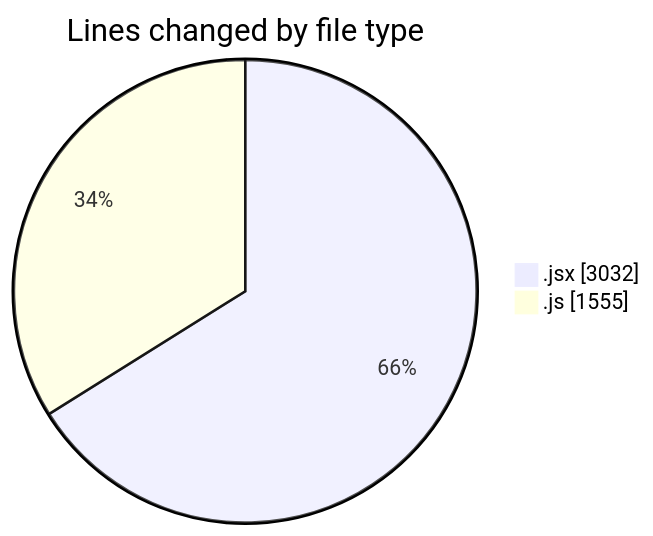
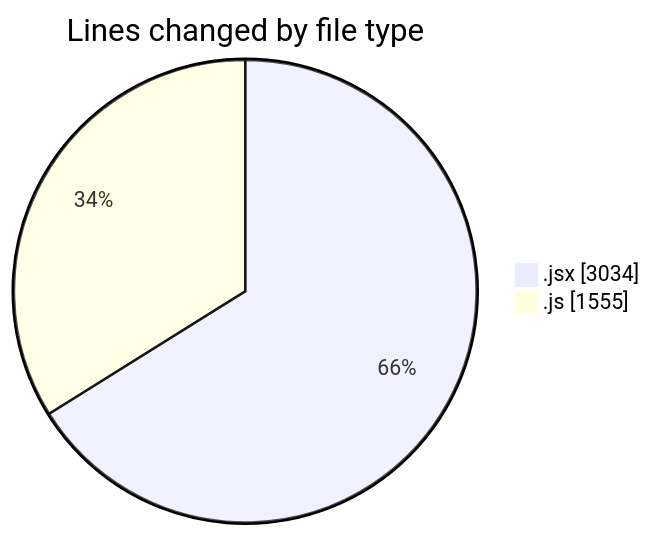
The first of 2 diagrams in 2025-07-11/argos/README.md (nxtqubesakshisongat/code-tracking), drawn with Mermaid before and after one commit. The commit also changed other lines of this file and 1 other file, not shown here.

````diff
--- a/2025-07-11/argos/README.md
+++ b/2025-07-11/argos/README.md
@@ -26,6 +26,6 @@
 ```mermaid
 pie showData
 title Lines changed by file type
-".jsx" : 3032
+".jsx" : 3034
 ".js" : 1555
 ```
````
